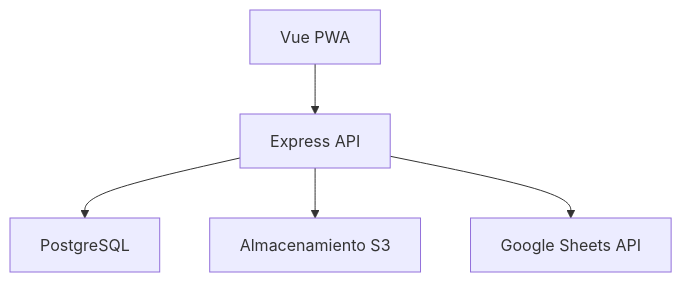
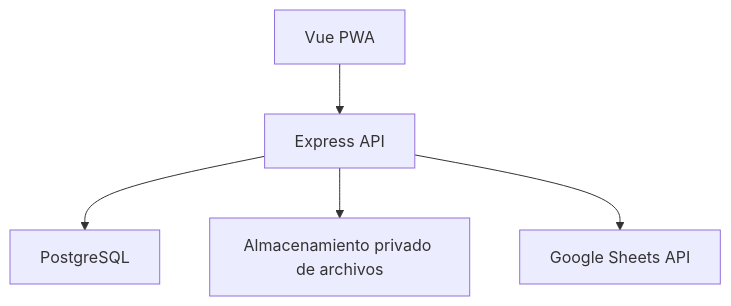
The diagram in SPECS.md (luistorres-idt/puk), drawn with Mermaid before and after one commit. The commit also changed other lines of this file and 14 other files, not shown here.

````diff
--- a/SPECS.md
+++ b/SPECS.md
@@ -145,7 +145,7 @@
 ```mermaid
 flowchart TD
     Web["Vue PWA"] --> API["Express API"]
     API --> DB["PostgreSQL"]
-    API --> S3["Almacenamiento S3"]
+    API --> Storage["Almacenamiento privado de archivos"]
     API --> Sheets["Google Sheets API"]
 ```
````
